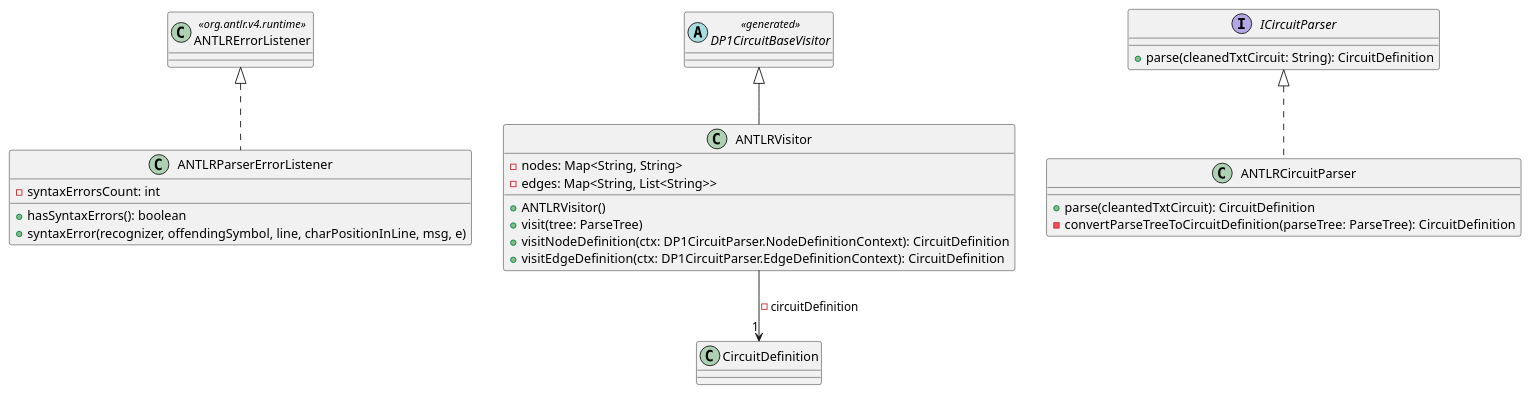
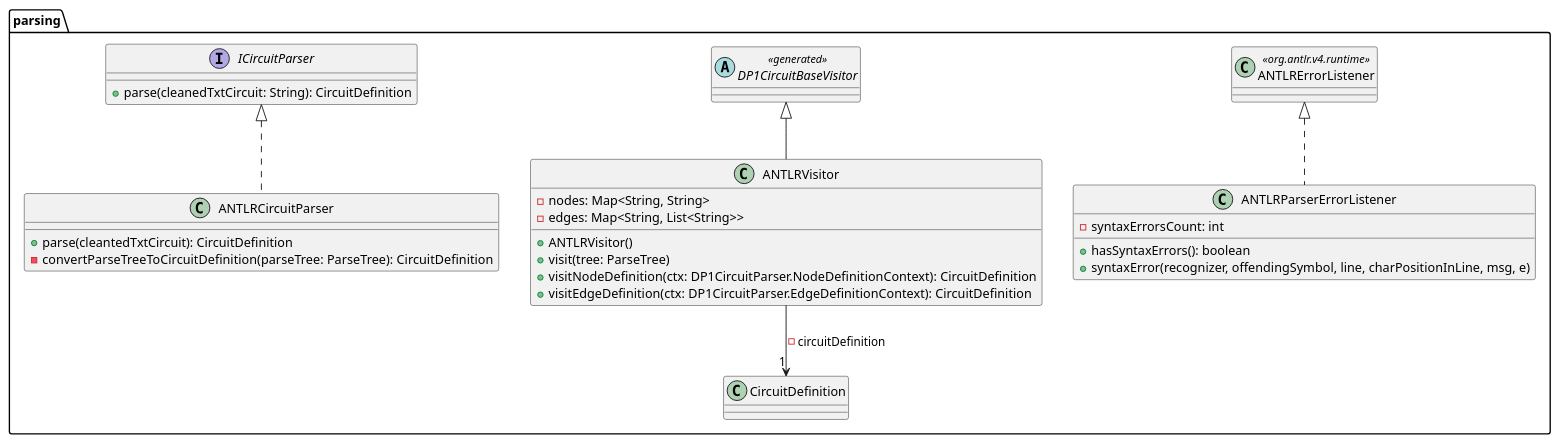
One commit to stevenliebregt/avans-dp1-sirkwie changed the diagram in docs/diagrams/dkd-core-parsing.puml. Above: the diagram before and after it, drawn with PlantUML. The commit also changed 30 other files, not shown here.

```diff
--- a/docs/diagrams/dkd-core-parsing.puml
+++ b/docs/diagrams/dkd-core-parsing.puml
@@ -1,33 +1,35 @@
 @startuml
 
-class ANTLRErrorListener <<org.antlr.v4.runtime>>
-abstract class DP1CircuitBaseVisitor <<generated>>
+package parsing {
+    class ANTLRErrorListener <<org.antlr.v4.runtime>>
+    abstract class DP1CircuitBaseVisitor <<generated>>
 
-class ANTLRCircuitParser implements ICircuitParser {
-    +parse(cleantedTxtCircuit): CircuitDefinition
-    -convertParseTreeToCircuitDefinition(parseTree: ParseTree): CircuitDefinition
-}
+    class ANTLRCircuitParser implements ICircuitParser {
+        +parse(cleantedTxtCircuit): CircuitDefinition
+        -convertParseTreeToCircuitDefinition(parseTree: ParseTree): CircuitDefinition
+    }
 
-class ANTLRParserErrorListener implements ANTLRErrorListener {
-    -syntaxErrorsCount: int
+    class ANTLRParserErrorListener implements ANTLRErrorListener {
+        -syntaxErrorsCount: int
 
-    +hasSyntaxErrors(): boolean
-    +syntaxError(recognizer, offendingSymbol, line, charPositionInLine, msg, e)
-}
+        +hasSyntaxErrors(): boolean
+        +syntaxError(recognizer, offendingSymbol, line, charPositionInLine, msg, e)
+    }
 
-class ANTLRVisitor extends DP1CircuitBaseVisitor {
-    -nodes: Map<String, String>
-    -edges: Map<String, List<String>>
+    class ANTLRVisitor extends DP1CircuitBaseVisitor {
+        -nodes: Map<String, String>
+        -edges: Map<String, List<String>>
 
-    +ANTLRVisitor()
-    +visit(tree: ParseTree)
-    +visitNodeDefinition(ctx: DP1CircuitParser.NodeDefinitionContext): CircuitDefinition
-    +visitEdgeDefinition(ctx: DP1CircuitParser.EdgeDefinitionContext): CircuitDefinition
-}
-ANTLRVisitor --> "1" CircuitDefinition : -circuitDefinition
+        +ANTLRVisitor()
+        +visit(tree: ParseTree)
+        +visitNodeDefinition(ctx: DP1CircuitParser.NodeDefinitionContext): CircuitDefinition
+        +visitEdgeDefinition(ctx: DP1CircuitParser.EdgeDefinitionContext): CircuitDefinition
+    }
+    ANTLRVisitor --> "1" CircuitDefinition : -circuitDefinition
 
-interface ICircuitParser {
-    +parse(cleanedTxtCircuit: String): CircuitDefinition
+    interface ICircuitParser {
+        +parse(cleanedTxtCircuit: String): CircuitDefinition
+    }
 }
 
 @enduml
```
